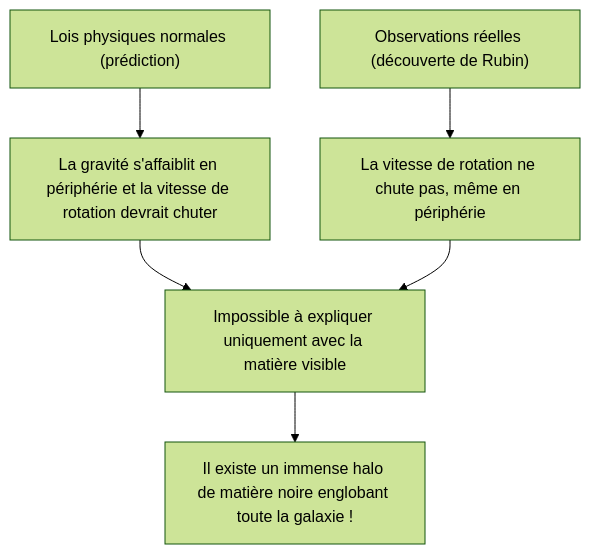
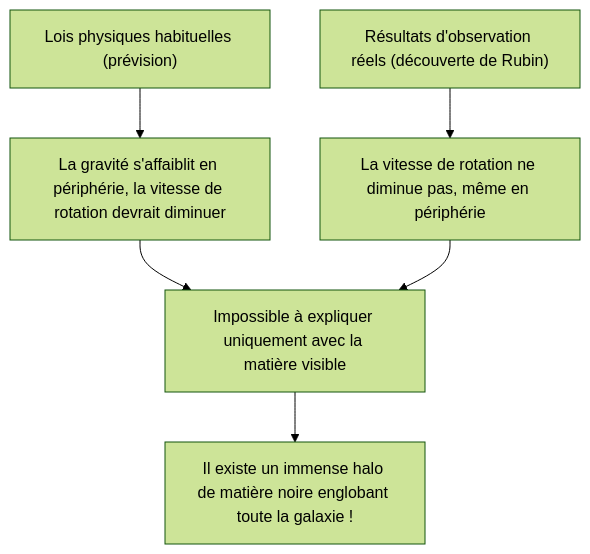
Before and after one commit to kenjinote/blog: the first of 2 diagrams in content/post/dark-matter-dark-energy-mysteries/index.fr.md, drawn with Mermaid (forest theme). The commit also changed other lines of this file and 12 other files, not shown here.

````diff
--- a/content/post/dark-matter-dark-energy-mysteries/index.fr.md
+++ b/content/post/dark-matter-dark-energy-mysteries/index.fr.md
@@ -31,8 +31,8 @@
 ```mermaid
 graph TD
-    A["Lois physiques normales (prédiction)"] --> B["La gravité s'affaiblit en périphérie et la vitesse de rotation devrait chuter"]
-    C["Observations réelles (découverte de Rubin)"] --> D["La vitesse de rotation ne chute pas, même en périphérie"]
+    A["Lois physiques habituelles (prévision)"] --> B["La gravité s'affaiblit en périphérie, la vitesse de rotation devrait diminuer"]
+    C["Résultats d'observation réels (découverte de Rubin)"] --> D["La vitesse de rotation ne diminue pas, même en périphérie"]
     B --> E["Impossible à expliquer uniquement avec la matière visible"]
     D --> E
     E --> F["Il existe un immense halo de matière noire englobant toute la galaxie !"]
 ```
````
